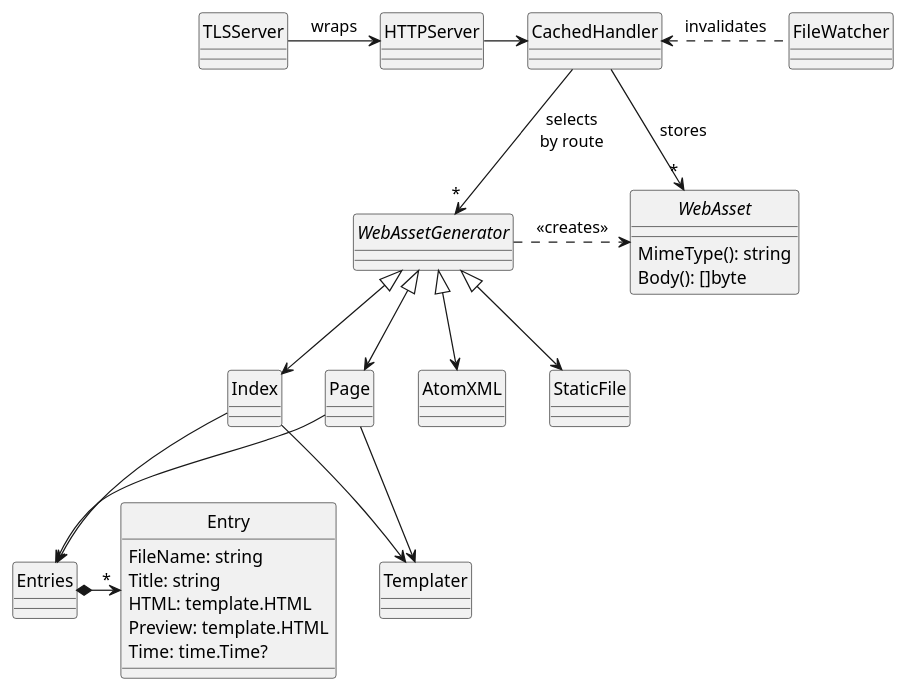
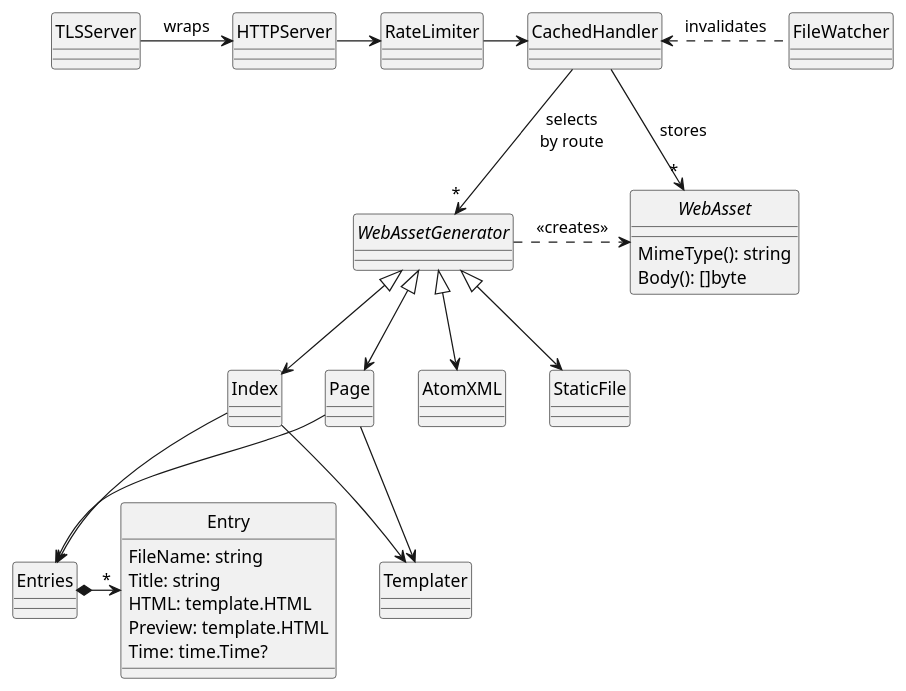
The diagram in docs/arch_v2.puml (mariomac/goblog), drawn with PlantUML before and after one commit. The commit also changed 12 other files, not shown here.

```diff
--- a/docs/arch_v2.puml
+++ b/docs/arch_v2.puml
@@ -1,40 +1,41 @@
 @startuml
 hide circle
 
 class Entry {
     FileName: string
     Title: string
     HTML: template.HTML
     Preview: template.HTML
     Time: time.Time?
 }
 
 interface WebAsset {
     MimeType(): string
     Body(): []byte
 }
 
 interface WebAssetGenerator {
 }
 
 TLSServer -> HTTPServer: wraps
-HTTPServer -> CachedHandler
+HTTPServer -> RateLimiter
+RateLimiter -> CachedHandler
 WebAssetGenerator .> WebAsset: <<creates>>
 CachedHandler --> "*" WebAssetGenerator: "selects\nby route"
 CachedHandler --> "*" WebAsset: stores
 WebAssetGenerator <|--> Index
 WebAssetGenerator <|--> Page
 WebAssetGenerator <|--> AtomXML
 WebAssetGenerator <|--> StaticFile
 
 Index --> Templater
 Page --> Templater
 
 Index --> Entries
 Page --> Entries
 
 Entries *-> "*" Entry
 
 CachedHandler <. FileWatcher: invalidates
 
 @enduml
```
